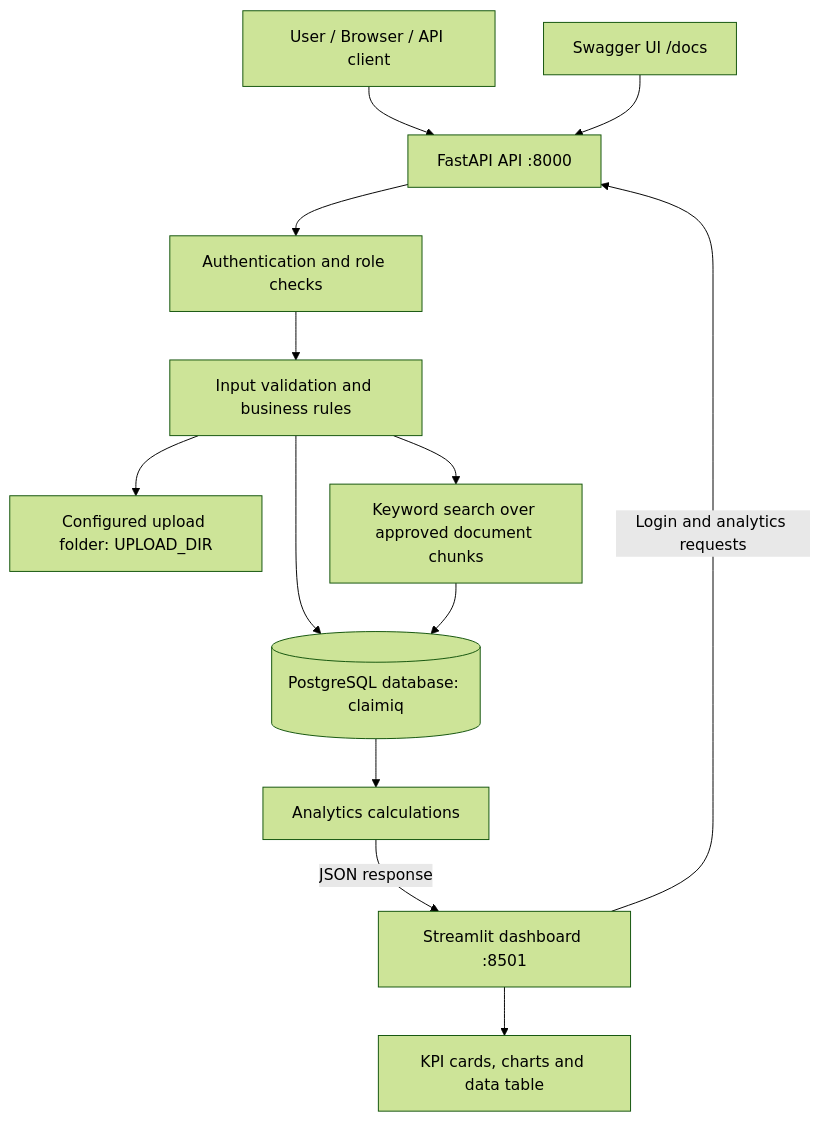
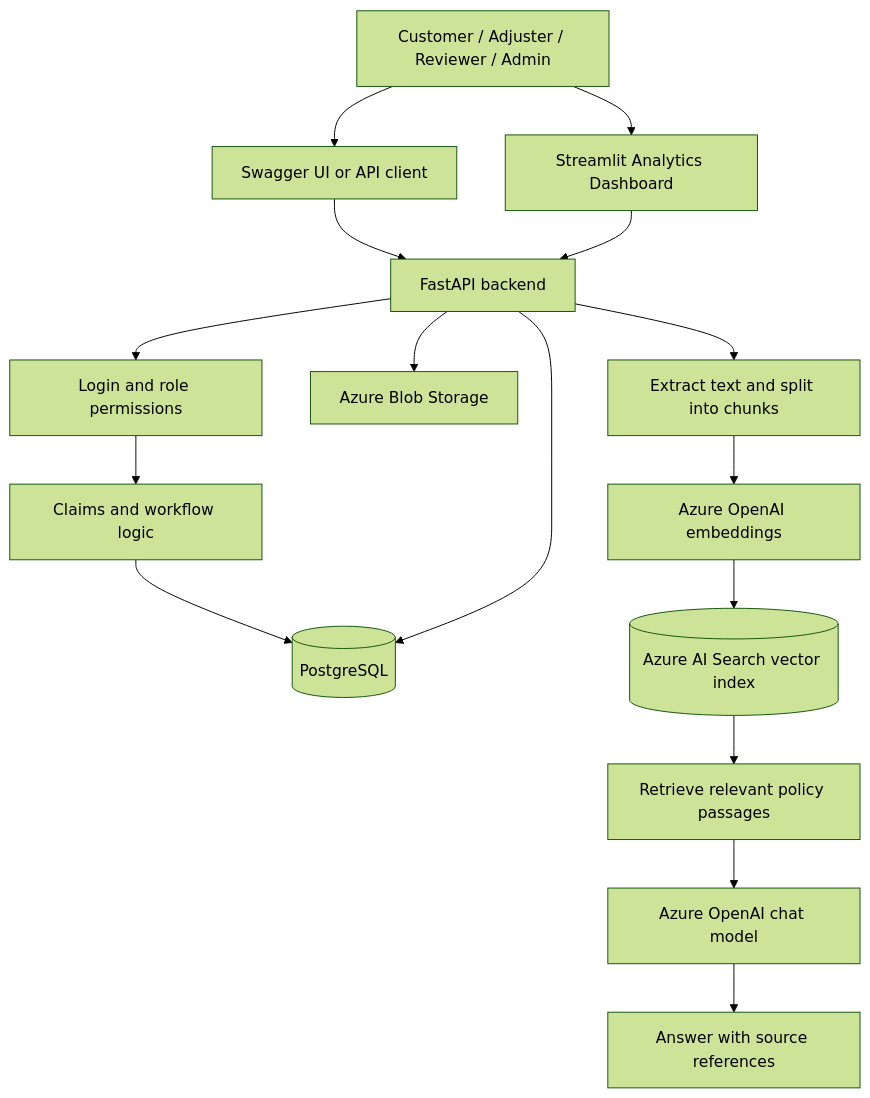
The diagram in arch_readme.md (SeguNagendra/claimsIQ-Project), drawn with Mermaid (forest theme) before and after one commit. The commit also changed other lines of this file and 2 other files, not shown here.

````diff
--- a/arch_readme.md
+++ b/arch_readme.md
@@ -42,15 +18,18 @@
 ```mermaid
 flowchart TD
-    U[User / Browser / API client] --> API[FastAPI API :8000]
-    SW[Swagger UI /docs] --> API
-    UI[Streamlit dashboard :8501] -->|Login and analytics requests| API
-    API --> AUTH[Authentication and role checks]
-    AUTH --> LOGIC[Input validation and business rules]
-    LOGIC --> DB[(PostgreSQL database: claimiq)]
-    LOGIC --> FS[Configured upload folder: UPLOAD_DIR]
-    LOGIC --> SEARCH[Keyword search over approved document chunks]
-    SEARCH --> DB
-    DB --> CALC[Analytics calculations]
-    CALC -->|JSON response| UI
-    UI --> VIZ[KPI cards, charts and data table]
+    Person[Customer / Adjuster / Reviewer / Admin] --> Swagger[Swagger UI or API client]
+    Person --> Dashboard[Streamlit Analytics Dashboard]
+    Swagger --> API[FastAPI backend]
+    Dashboard --> API
+    API --> Auth[Login and role permissions]
+    Auth --> Claims[Claims and workflow logic]
+    Claims --> DB[(PostgreSQL)]
+    API --> Blob[Azure Blob Storage]
+    API --> Extract[Extract text and split into chunks]
+    Extract --> Embed[Azure OpenAI embeddings]
+    Embed --> Search[(Azure AI Search vector index)]
+    Search --> RAG[Retrieve relevant policy passages]
+    RAG --> Chat[Azure OpenAI chat model]
+    Chat --> Answer[Answer with source references]
+    API --> DB
 ```
````
